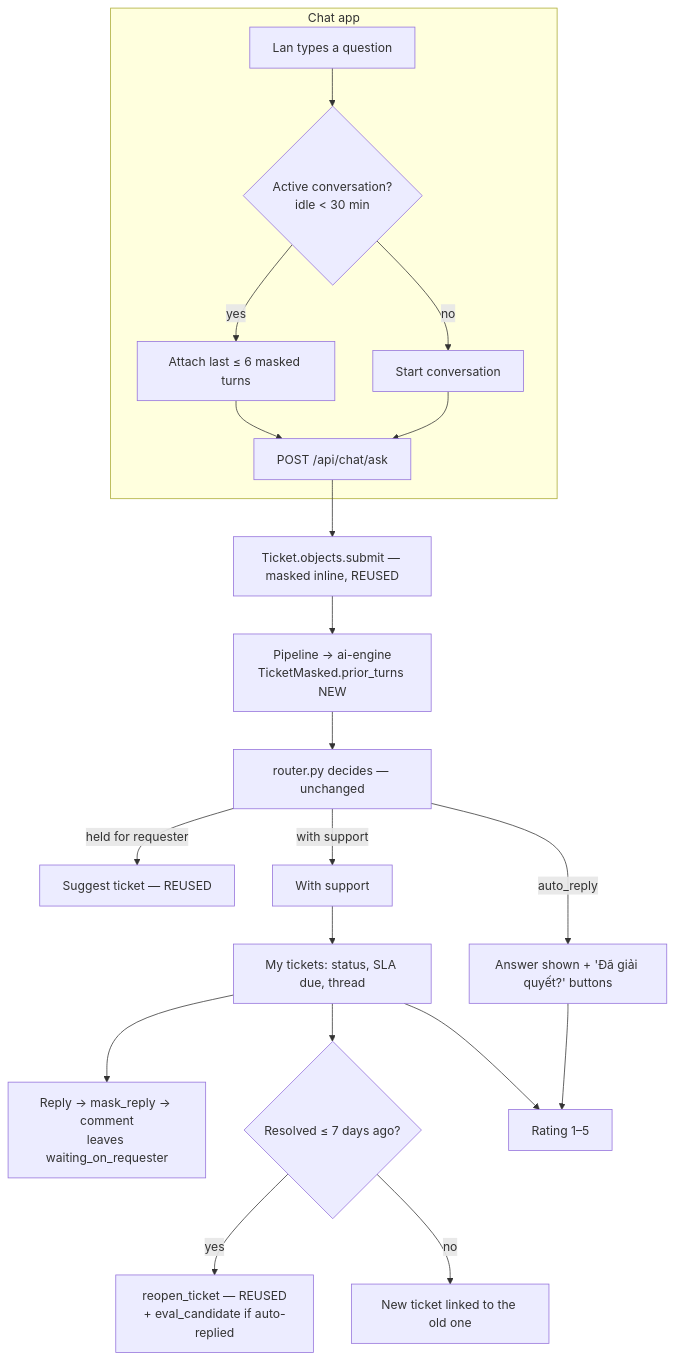
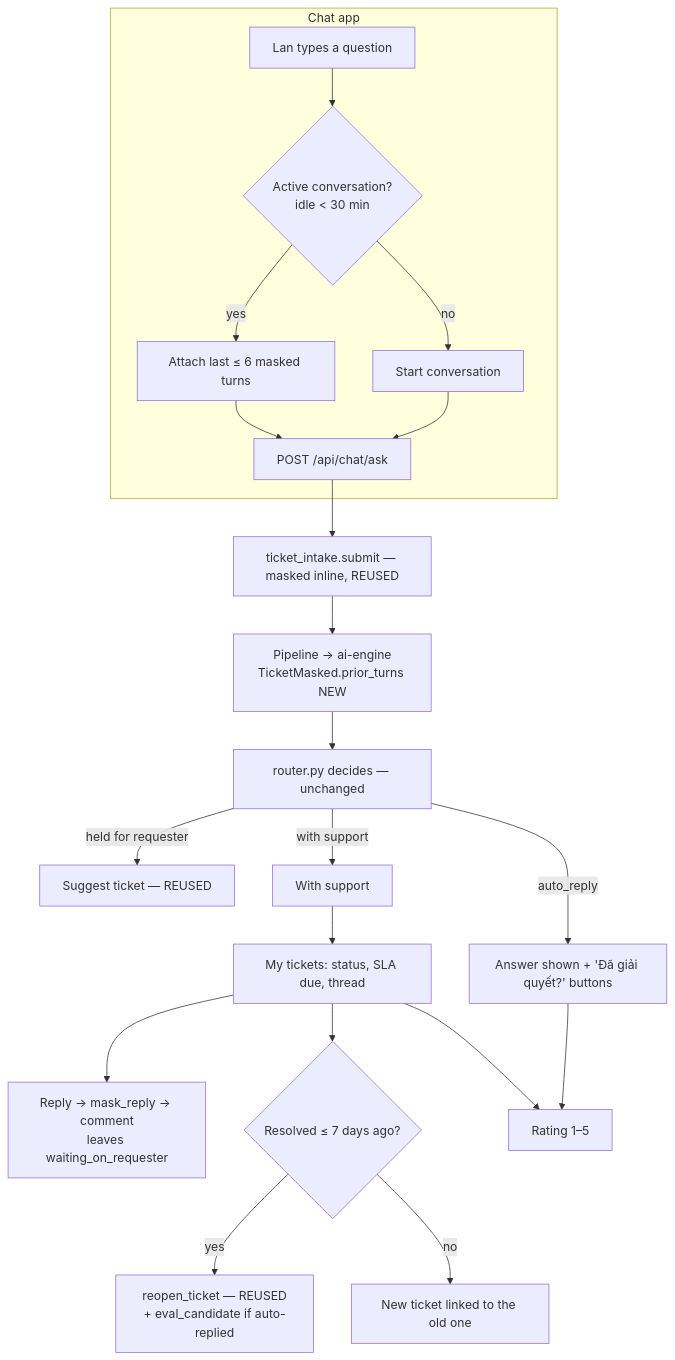
Before and after one commit to DrMartinel/smart_ticket: the diagram in docs/requirements/phase-2/06-F3-requester-chat.md, drawn with Mermaid. The commit also changed 9 other files, not shown here.

````diff
--- a/docs/requirements/phase-2/06-F3-requester-chat.md
+++ b/docs/requirements/phase-2/06-F3-requester-chat.md
@@ -31,23 +31,23 @@
 ```mermaid
 flowchart TB
   subgraph Chat app
     Q[Lan types a question] --> C{Active conversation?<br/>idle < 30 min}
     C -- no --> NC[Start conversation]
     C -- yes --> PT[Attach last ≤ 6 masked turns]
     NC --> ASK[POST /api/chat/ask]
     PT --> ASK
   end
-  ASK --> SUB[Ticket.objects.submit — masked inline, REUSED]
+  ASK --> SUB[ticket_intake.submit — masked inline, REUSED]
   SUB --> PIPE[Pipeline → ai-engine<br/>TicketMasked.prior_turns NEW]
   PIPE --> ROUTER[router.py decides — unchanged]
   ROUTER -- auto_reply --> ANS[Answer shown + 'Đã giải quyết?' buttons]
   ROUTER -- held for requester --> SUG[Suggest ticket — REUSED]
   ROUTER -- with support --> WS[With support]
   WS --> MT[My tickets: status, SLA due, thread]
   MT --> RP[Reply → mask_reply → comment<br/>leaves waiting_on_requester]
   MT --> RO{Resolved ≤ 7 days ago?}
   RO -- yes --> REOPEN[reopen_ticket — REUSED<br/>+ eval_candidate if auto-replied]
   RO -- no --> NEW[New ticket linked to the old one]
   ANS --> RATE[Rating 1–5]
   MT --> RATE
 ```
````
